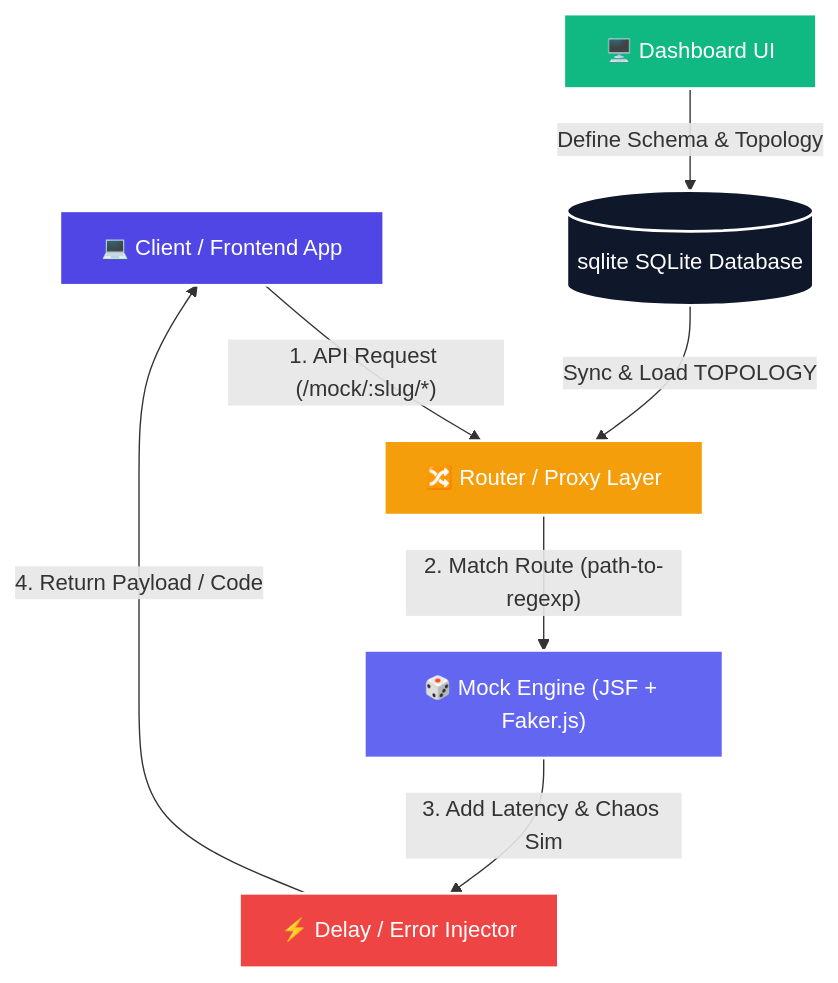
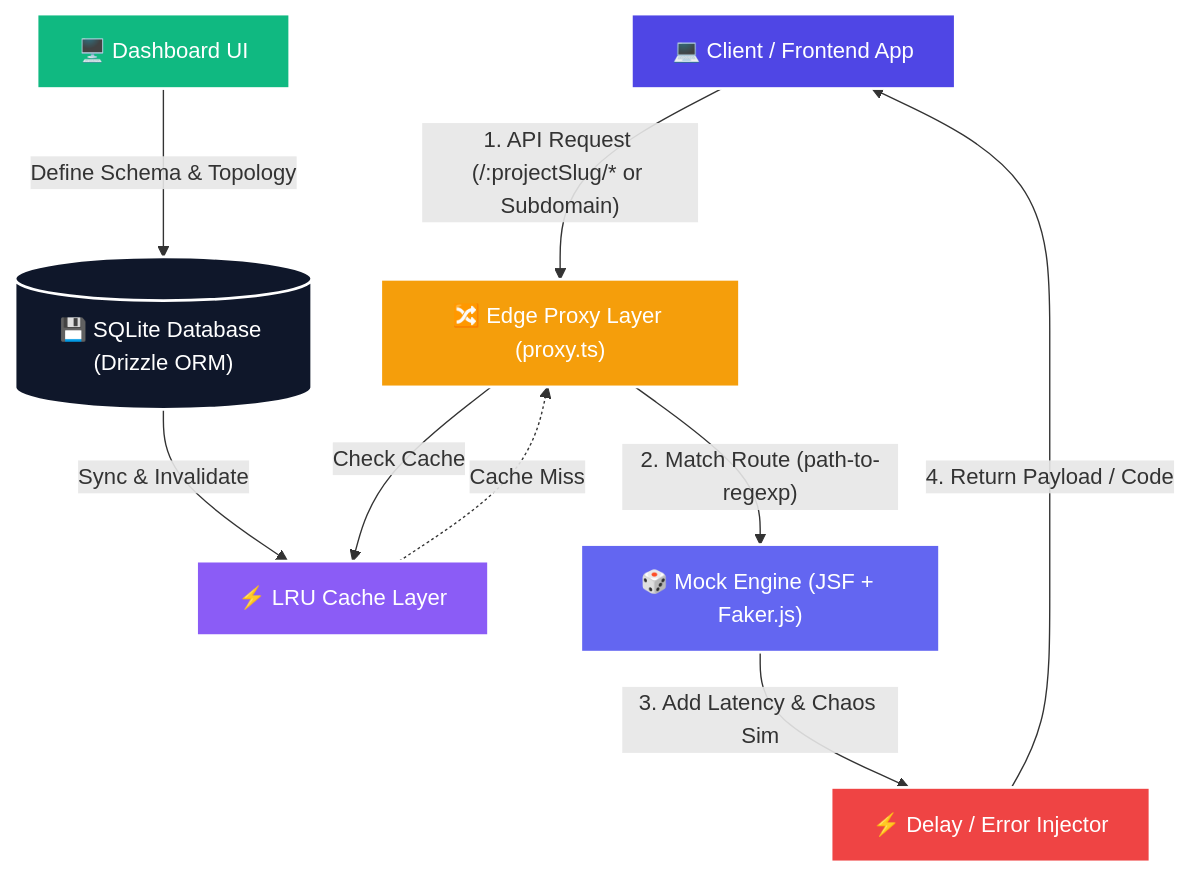
Before and after one commit to Karelaking/fack-api: the diagram in README.md, drawn with Mermaid. The commit also changed other lines of this file, not shown here.

````diff
--- a/README.md
+++ b/README.md
@@ -65,16 +68,19 @@
 ```mermaid
 graph TD
-    A["💻 Client / Frontend App"] -->|"1. API Request (/mock/:slug/*)"| D["🔀 Router / Proxy Layer"]
-    B["🖥️ Dashboard UI"] -->|"Define Schema & Topology"| C[("sqlite SQLite Database")]
-    C -->|"Sync & Load TOPOLOGY"| D
+    A["💻 Client / Frontend App"] -->|"1. API Request (/:projectSlug/* or Subdomain)"| D["🔀 Edge Proxy Layer (proxy.ts)"]
+    B["🖥️ Dashboard UI"] -->|"Define Schema & Topology"| C[("💾 SQLite Database (Drizzle ORM)")]
+    C -->|"Sync & Invalidate"| CACHE["⚡ LRU Cache Layer"]
+    D -->|"Check Cache"| CACHE
+    CACHE -.->|"Cache Miss"| D
     D -->|"2. Match Route (path-to-regexp)"| E["🎲 Mock Engine (JSF + Faker.js)"]
     E -->|"3. Add Latency & Chaos Sim"| F["⚡ Delay / Error Injector"]
     F -->|"4. Return Payload / Code"| A
 
     style A fill:#4F46E5,stroke:#fff,stroke-width:2px,color:#fff
     style B fill:#10B981,stroke:#fff,stroke-width:2px,color:#fff
     style C fill:#0F172A,stroke:#fff,stroke-width:2px,color:#fff
     style D fill:#F59E0B,stroke:#fff,stroke-width:2px,color:#fff
     style E fill:#6366F1,stroke:#fff,stroke-width:2px,color:#fff
     style F fill:#EF4444,stroke:#fff,stroke-width:2px,color:#fff
+    style CACHE fill:#8B5CF6,stroke:#fff,stroke-width:2px,color:#fff
 ```
````
